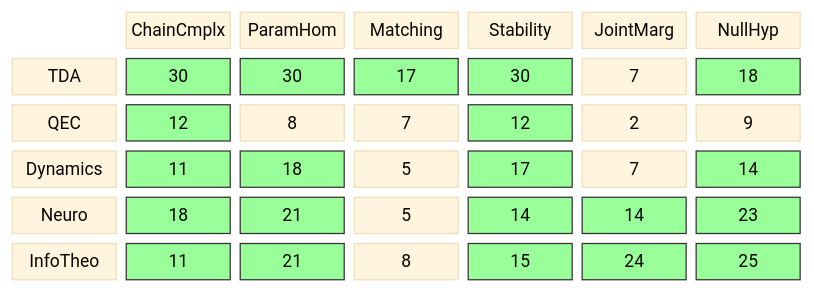
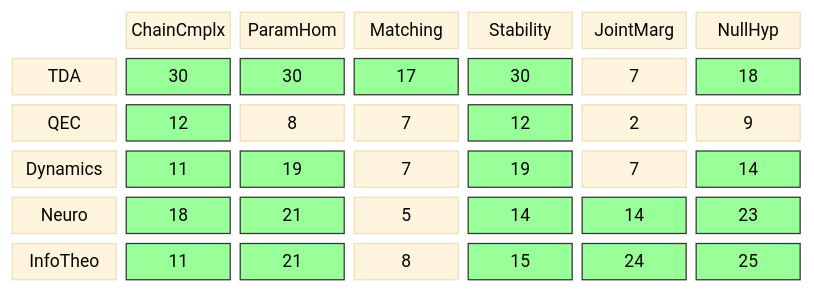
One commit to musicofhel/topoyolo changed the diagram in diagrams/coverage-matrix.md. Above: the diagram before and after it, drawn with Mermaid. The commit also changed other lines of this file and 8 other files, not shown here.

````diff
--- a/diagrams/coverage-matrix.md
+++ b/diagrams/coverage-matrix.md
@@ -21,34 +21,34 @@
 ```mermaid
 %%{init: {'theme': 'base', 'themeVariables': {'fontSize': '14px'}}}%%
 block-beta
   columns 7
 
   space:1 CC["ChainCmplx"] PH["ParamHom"] MA["Matching"] ST["Stability"] JM["JointMarg"] NH["NullHyp"]
 
   TDA["TDA"] TDA_CC["30"] TDA_PH["30"] TDA_MA["17"] TDA_ST["30"] TDA_JM["7"] TDA_NH["18"]
   QEC["QEC"] QEC_CC["12"] QEC_PH["8"] QEC_MA["7"] QEC_ST["12"] QEC_JM["2"] QEC_NH["9"]
-  DYN["Dynamics"] DYN_CC["11"] DYN_PH["18"] DYN_MA["5"] DYN_ST["17"] DYN_JM["7"] DYN_NH["14"]
+  DYN["Dynamics"] DYN_CC["11"] DYN_PH["19"] DYN_MA["7"] DYN_ST["19"] DYN_JM["7"] DYN_NH["14"]
   NEU["Neuro"] NEU_CC["18"] NEU_PH["21"] NEU_MA["5"] NEU_ST["14"] NEU_JM["14"] NEU_NH["23"]
   IT["InfoTheo"] IT_CC["11"] IT_PH["21"] IT_MA["8"] IT_ST["15"] IT_JM["24"] IT_NH["25"]
   style TDA_CC fill:#9f9,stroke:#333
   style TDA_PH fill:#9f9,stroke:#333
   style TDA_MA fill:#9f9,stroke:#333
   style TDA_ST fill:#9f9,stroke:#333
   style TDA_NH fill:#9f9,stroke:#333
   style QEC_CC fill:#9f9,stroke:#333
   style QEC_ST fill:#9f9,stroke:#333
   style DYN_CC fill:#9f9,stroke:#333
   style DYN_PH fill:#9f9,stroke:#333
   style DYN_ST fill:#9f9,stroke:#333
   style DYN_NH fill:#9f9,stroke:#333
   style NEU_CC fill:#9f9,stroke:#333
   style NEU_PH fill:#9f9,stroke:#333
   style NEU_ST fill:#9f9,stroke:#333
   style NEU_JM fill:#9f9,stroke:#333
   style NEU_NH fill:#9f9,stroke:#333
   style IT_CC fill:#9f9,stroke:#333
   style IT_PH fill:#9f9,stroke:#333
   style IT_ST fill:#9f9,stroke:#333
   style IT_JM fill:#9f9,stroke:#333
   style IT_NH fill:#9f9,stroke:#333
 ```
````
